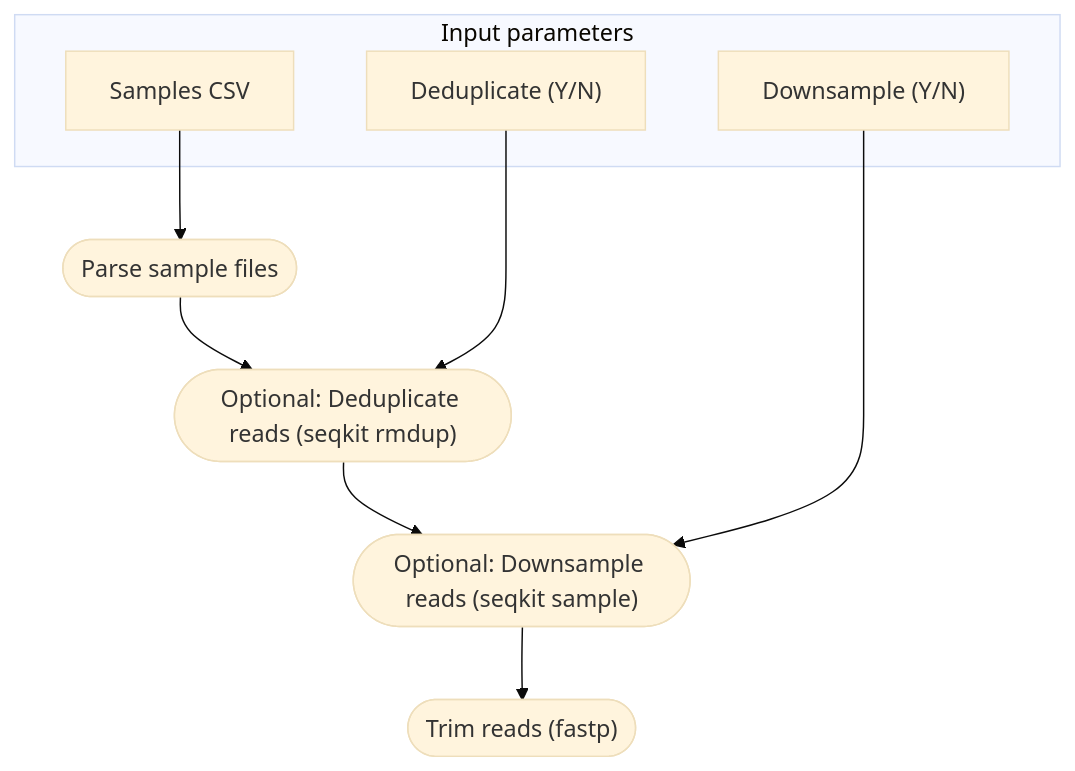
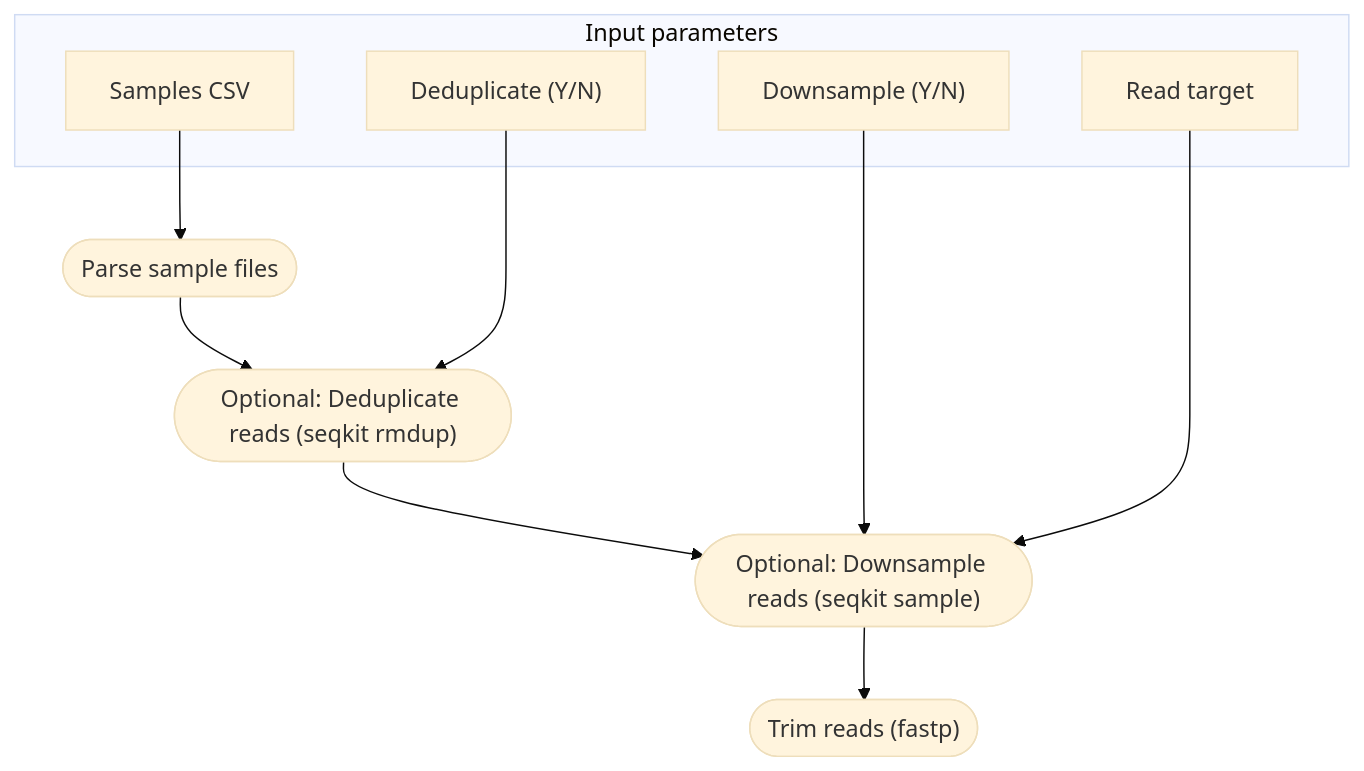
One commit to EcoEvoGenomics/genotyping_pipeline changed the first of 3 diagrams in README.md. Above: the diagram before and after it, drawn with Mermaid (base theme).

Commit message:
README.md: Add read target to step 1 mermaid graphj

````diff
--- a/README.md
+++ b/README.md
@@ -72,18 +72,20 @@
 ```mermaid
 flowchart TB
    subgraph "Input parameters"
    v7["Downsample (Y/N)"]
    v4["Deduplicate (Y/N)"]
+   v9["Read target"]
    v0["Samples CSV"]
    end
    v2(["Parse sample files"])
    v5(["Optional: Deduplicate reads (seqkit rmdup)"])
    v8(["Optional: Downsample reads (seqkit sample)"])
    v10(["Trim reads (fastp)"])
    v0 --> v2
    v2 --> v5
    v5 --> v8
    v8 --> v10
    v4 --> v5
    v7 --> v8
+   v9 --> v8
 ```
````
